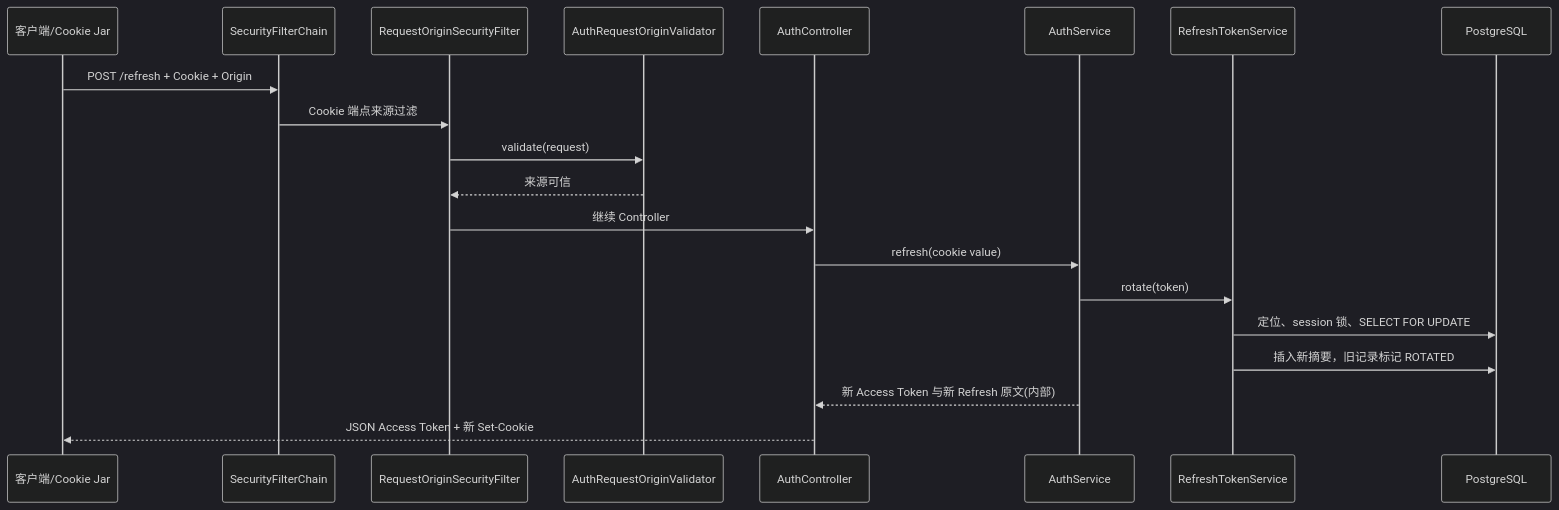
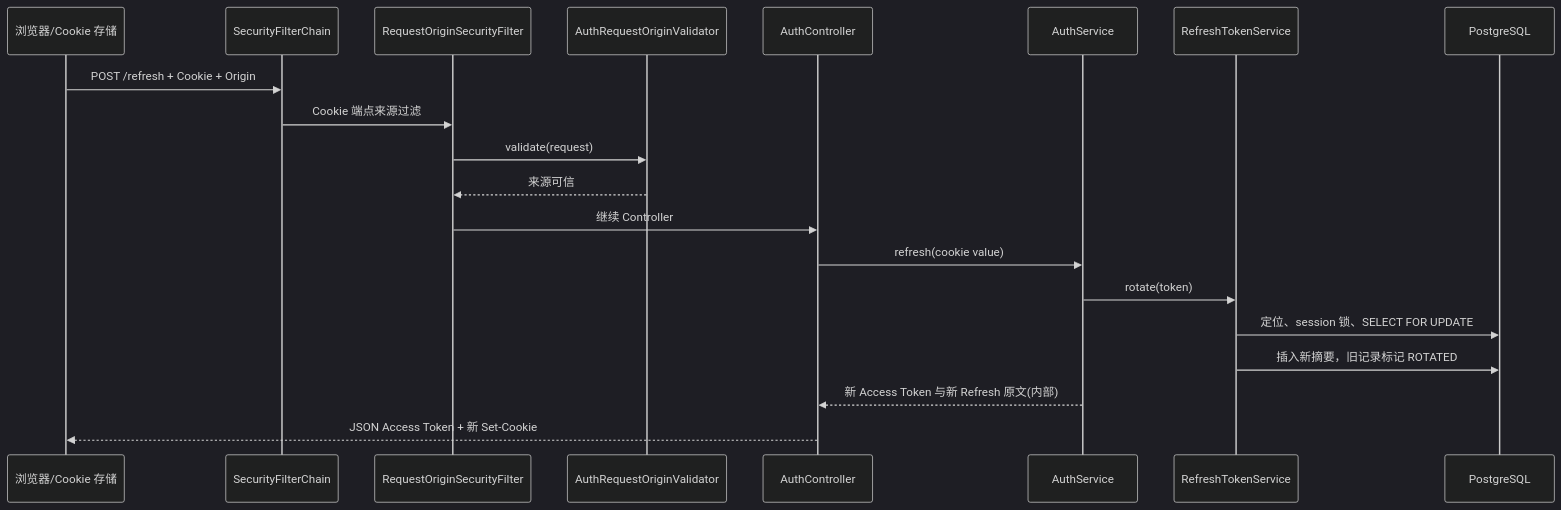
The second of 5 diagrams in docs/learning/phase-02-refresh-token-session.md (BangShou1st/ai-collab), drawn with Mermaid (dark theme) before and after one commit. The commit also changed other lines of this file and 40 other files, not shown here.

````diff
--- a/docs/learning/phase-02-refresh-token-session.md
+++ b/docs/learning/phase-02-refresh-token-session.md
@@ -83,22 +83,22 @@
 ```mermaid
 sequenceDiagram
-    participant C as 客户端/Cookie Jar
+    participant C as 浏览器/Cookie 存储
     participant SF as SecurityFilterChain
     participant ROF as RequestOriginSecurityFilter
     participant ORV as AuthRequestOriginValidator
     participant AC as AuthController
     participant AS as AuthService
     participant RTS as RefreshTokenService
     participant DB as PostgreSQL
     C->>SF: POST /refresh + Cookie + Origin
     SF->>ROF: Cookie 端点来源过滤
     ROF->>ORV: validate(request)
     ORV-->>ROF: 来源可信
     ROF->>AC: 继续 Controller
     AC->>AS: refresh(cookie value)
     AS->>RTS: rotate(token)
     RTS->>DB: 定位、session 锁、SELECT FOR UPDATE
     RTS->>DB: 插入新摘要，旧记录标记 ROTATED
     AS-->>AC: 新 Access Token 与新 Refresh 原文(内部)
     AC-->>C: JSON Access Token + 新 Set-Cookie
 ```
````
